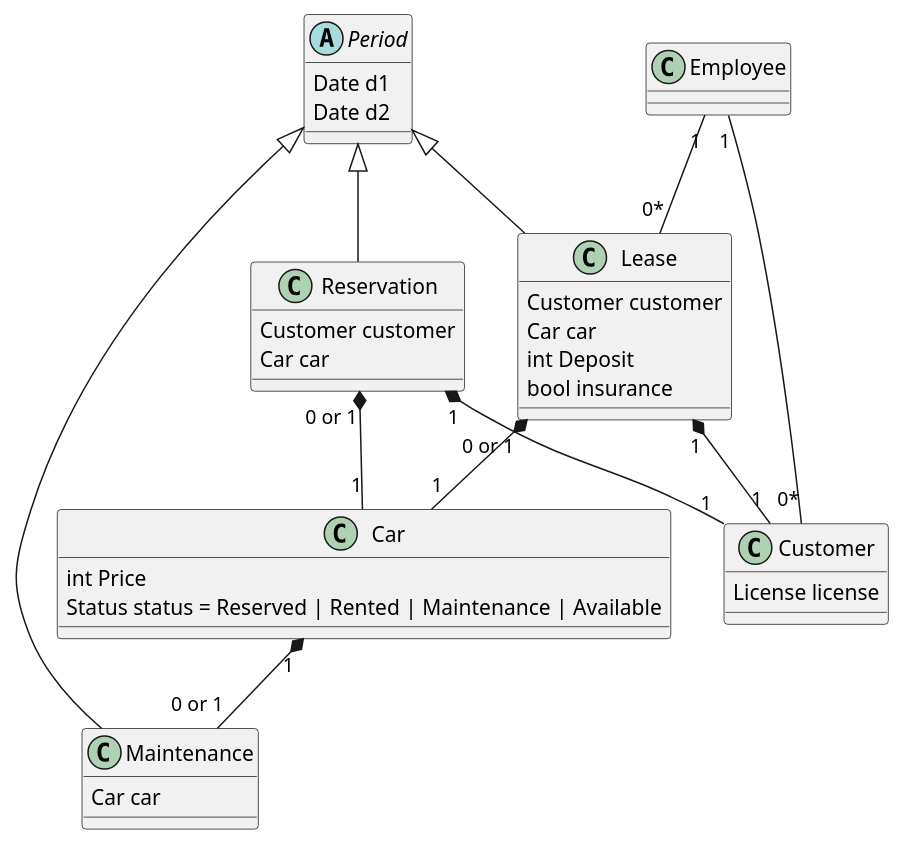
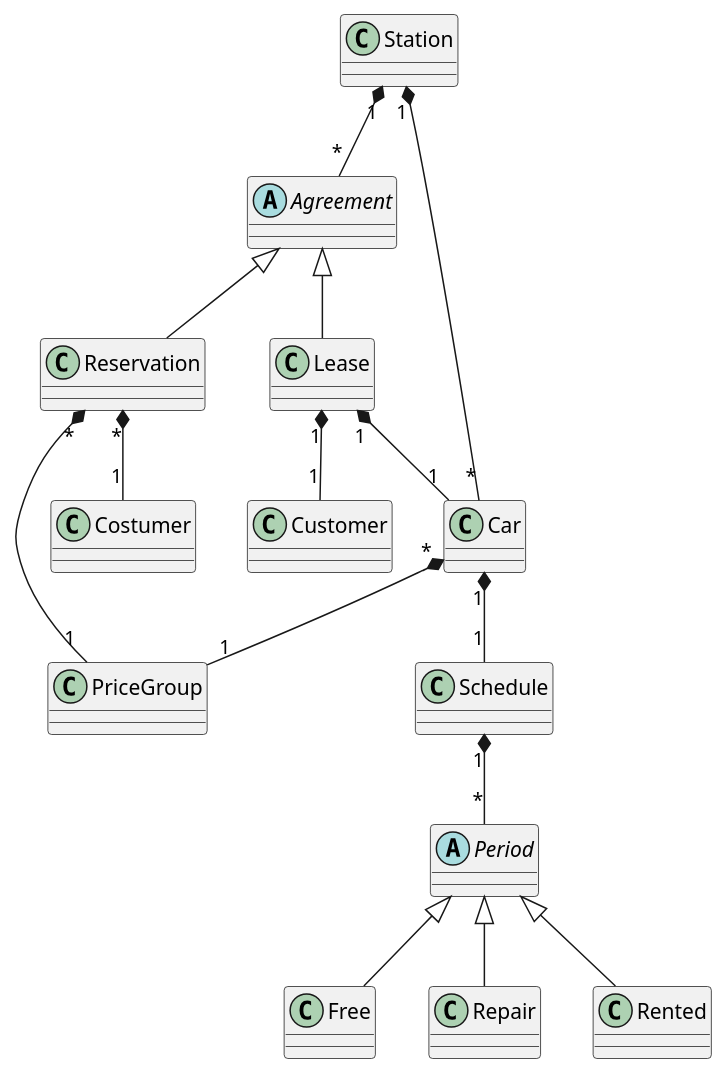
One commit to BenjaminCB/su changed the first of 2 diagrams in kajs_cars/kajs_cars.md. Above: the diagram before and after it, drawn with PlantUML. The commit also changed other lines of this file, not shown here.

Commit message:
work on kajs cars

````diff
--- a/kajs_cars/kajs_cars.md
+++ b/kajs_cars/kajs_cars.md
@@ -67,48 +92,35 @@
 ```plantuml
+class Schedule
 abstract class Period
-{
-    Date d1
-    Date d2
-}
+class Free
+class Repair
+class Rented
+
+Schedule "1" *-- "*" Period
+Period <|-- Free
+Period <|-- Repair
+Period <|-- Rented
+
+abstract class Agreement
 class Lease
-{
-    Customer customer
-    Car car
-    int Deposit
-    bool insurance
-}
 class Reservation
-{
-    Customer customer
-    Car car
-}
-class Maintenance
-{
-    Car car
-}
+
+Agreement <|-- Lease
+Agreement <|-- Reservation
+
+class Station
 class Car
-{
-    int Price
-    Status status = Reserved | Rented | Maintenance | Available
-}
+class PriceGroup
 class Customer
-{
-    License license
-}
-class Employee
 
-Lease "0 or 1" *-- "1" Car
+Station "1" *-- "*" Car
+Station "1" *-- "*" Agreement
+Car "1" *-- "1" Schedule
+Car "*" *-- "1" PriceGroup
+
+Reservation "*" *-- "1" Costumer
+Reservation "*" *-- "1" PriceGroup
+
 Lease "1" *-- "1" Customer
-
-Car "1" *-- "0 or 1" Maintenance
-
-Period <|-- Reservation
-Period <|-- Lease
-Period <|-- Maintenance
-
-Reservation "0 or 1" *-- "1" Car
-Reservation "1" *-- "1" Customer
-
-Employee "1" -- "0*" Customer
-Employee "1" -- "0*" Lease
+Lease "1" *-- "1" Car
 ```
````
